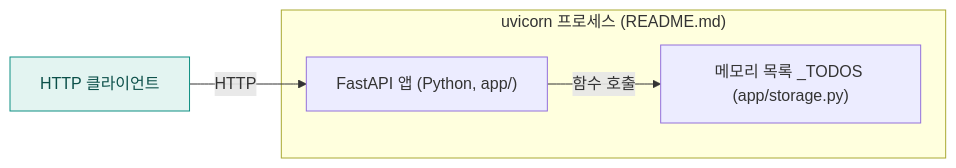
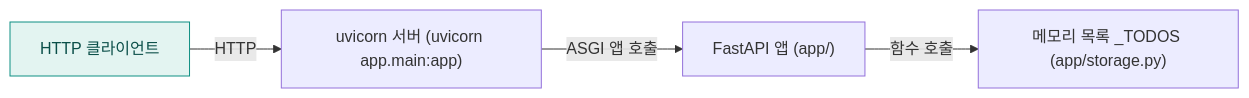
One commit to hxxnn/codemap changed the second of 3 diagrams in examples/python-todo-api/docs/codemap/architecture.md. Above: the diagram before and after it, drawn with Mermaid. The commit also changed other lines of this file and 45 other files, not shown here.

````diff
--- a/examples/python-todo-api/docs/codemap/architecture.md
+++ b/examples/python-todo-api/docs/codemap/architecture.md
@@ -29,11 +28,11 @@
 ```mermaid
 flowchart LR
-  user["HTTP 클라이언트"]:::external
-  subgraph proc["uvicorn 프로세스 (README.md)"]
-    api["FastAPI 앱 (Python, app/)"]
-    mem["메모리 목록 _TODOS (app/storage.py)"]
-  end
-  user -->|"HTTP"| api
-  api -->|"함수 호출"| mem
+  n1["HTTP 클라이언트"]:::external
+  n2["uvicorn 서버 (uvicorn app.main:app)"]
+  n3["FastAPI 앱 (app/)"]
+  n4["메모리 목록 _TODOS (app/storage.py)"]
+  n1 -->|"HTTP"| n2
+  n2 -->|"ASGI 앱 호출"| n3
+  n3 -->|"함수 호출"| n4
   classDef external fill:#E3F4F1,stroke:#0E8F83,color:#0B4F49
 ```
````
